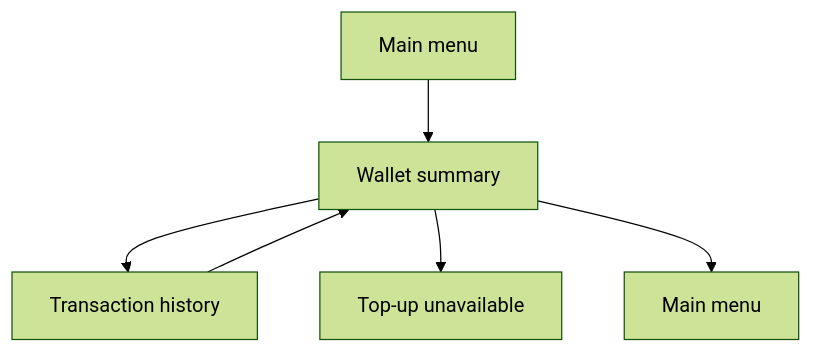
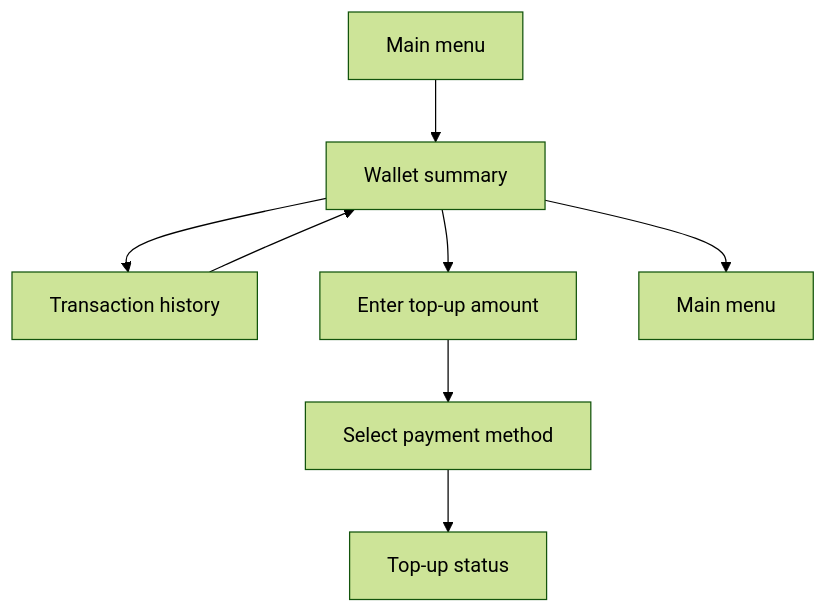
One commit to parazit-IR/panel changed the diagram in docs/telegram/telegram-wallet.md. Above: the diagram before and after it, drawn with Mermaid (forest theme). The commit also changed other lines of this file and 61 other files, not shown here.

Commit message:
feat(wallet): add wallet top-up through existing payment flows

````diff
--- a/docs/telegram/telegram-wallet.md
+++ b/docs/telegram/telegram-wallet.md
@@ -7,8 +7,10 @@
 ```mermaid
 flowchart TD
     Main[Main menu] --> Wallet[Wallet summary]
     Wallet --> History[Transaction history]
-    Wallet --> TopUp[Top-up unavailable]
+    Wallet --> TopUp[Enter top-up amount]
+    TopUp --> Payment[Select payment method]
+    Payment --> Status[Top-up status]
     History --> Wallet
     Wallet --> Home[Main menu]
 ```
````
